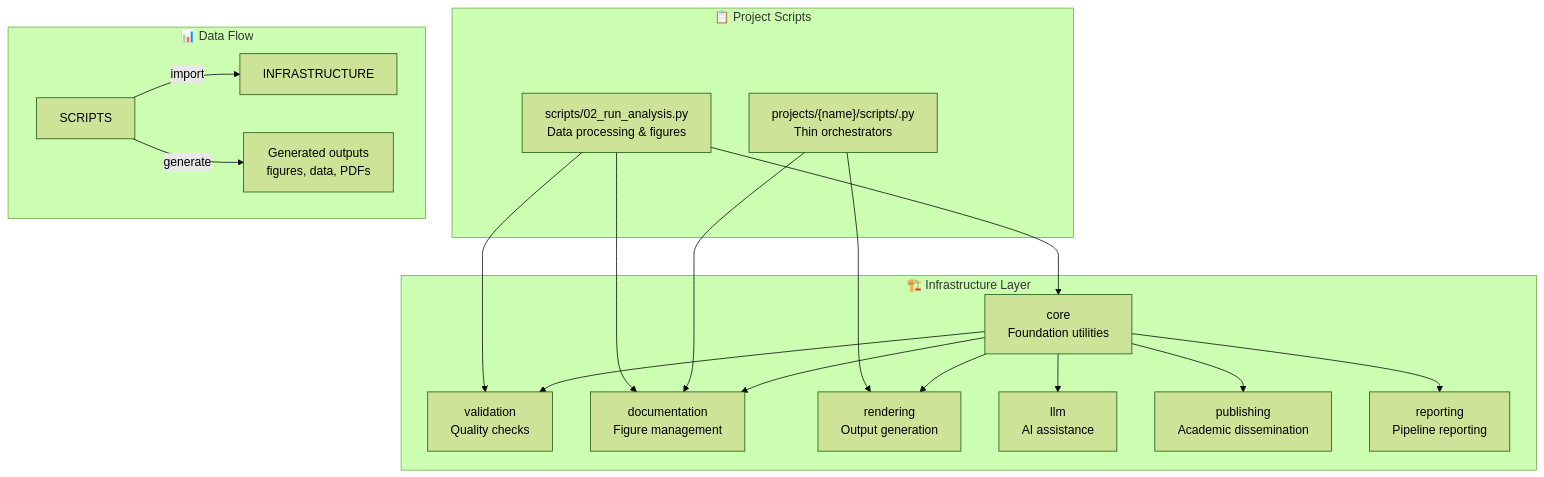
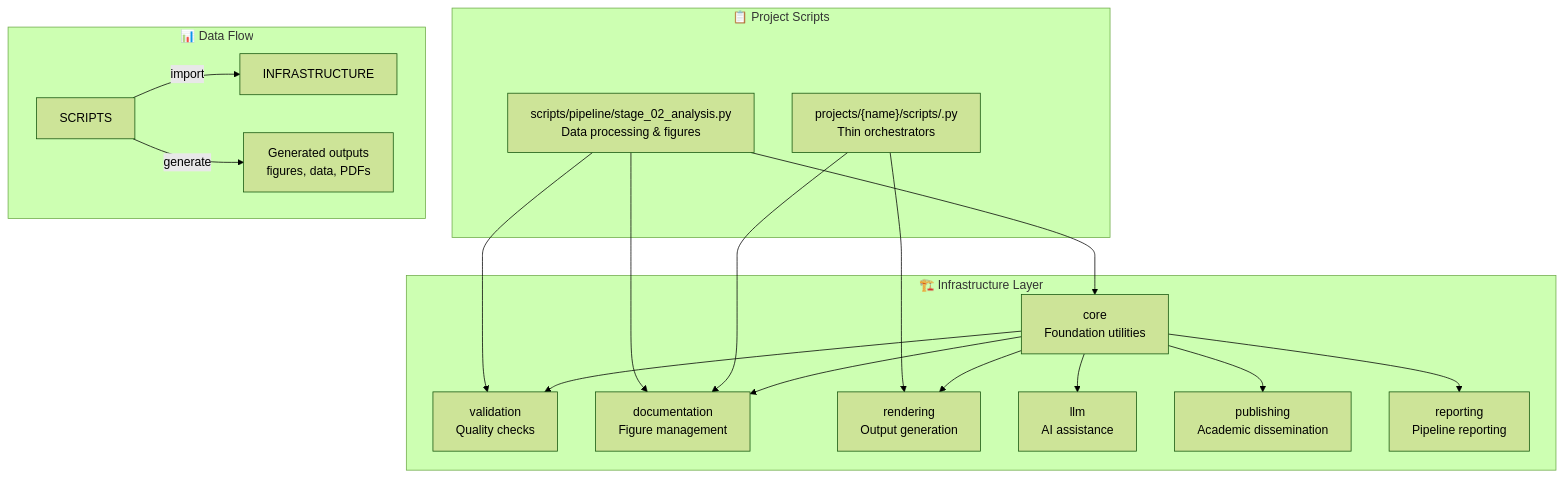
Before and after one commit to docxology/template: the second of 6 diagrams in infrastructure/README.md, drawn with Mermaid (forest theme). The commit also changed 435 other files, not shown here.

````diff
--- a/infrastructure/README.md
+++ b/infrastructure/README.md
@@ -100,40 +100,40 @@
 ```mermaid
 flowchart TD
     subgraph "📋 Project Scripts"
-        ANALYSIS[scripts/02_run_analysis.py<br/>Data processing & figures]
+        ANALYSIS[scripts/pipeline/stage_02_analysis.py<br/>Data processing & figures]
         FIGURES["projects/{name}/scripts/<analysis>.py<br/>Thin orchestrators"]
     end
 
     subgraph "🏗️ Infrastructure Layer"
         CORE_MOD[core<br/>Foundation utilities]
         VALIDATION_MOD[validation<br/>Quality checks]
         DOCUMENTATION_MOD[documentation<br/>Figure management]
         RENDERING_MOD[rendering<br/>Output generation]
         LLM_MOD[llm<br/>AI assistance]
         PUBLISHING_MOD[publishing<br/>Academic dissemination]
         REPORTING_MOD[reporting<br/>Pipeline reporting]
     end
 
     subgraph "📊 Data Flow"
         SCRIPTS -->|import| INFRASTRUCTURE
         SCRIPTS -->|generate| OUTPUTS[Generated outputs<br/>figures, data, PDFs]
     end
 
     ANALYSIS --> CORE_MOD
     ANALYSIS --> DOCUMENTATION_MOD
     ANALYSIS --> VALIDATION_MOD
 
     FIGURES --> DOCUMENTATION_MOD
     FIGURES --> RENDERING_MOD
 
     CORE_MOD --> VALIDATION_MOD
     CORE_MOD --> DOCUMENTATION_MOD
     CORE_MOD --> RENDERING_MOD
     CORE_MOD --> LLM_MOD
     CORE_MOD --> PUBLISHING_MOD
     CORE_MOD --> REPORTING_MOD
 
     class ANALYSIS,FIGURES scripts
     class CORE_MOD,VALIDATION_MOD,DOCUMENTATION_MOD,RENDERING_MOD,LLM_MOD,PUBLISHING_MOD,REPORTING_MOD infra
     class OUTPUTS output
 ```
````
